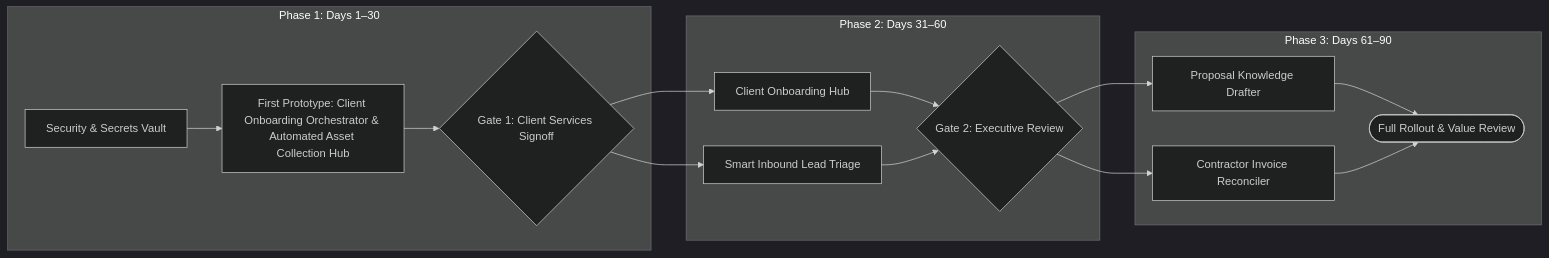
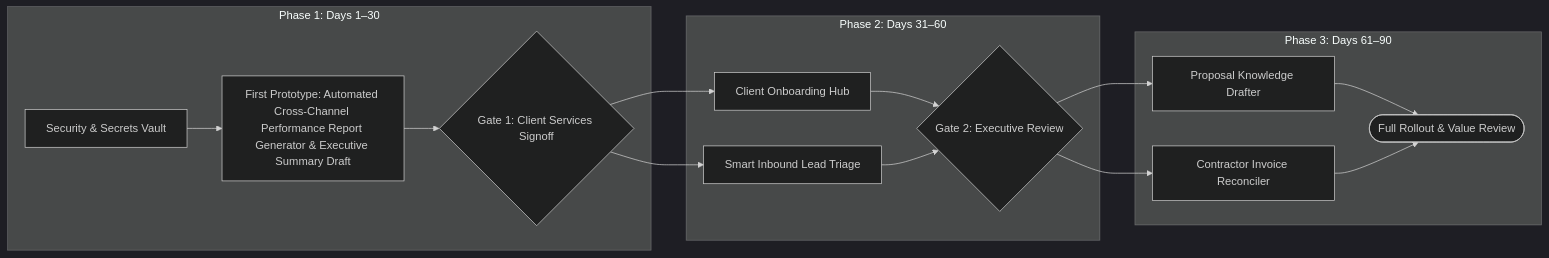
One commit to KalminX/ai_opportunity_audit changed the diagram in outputs/roadmap_90day.md. Above: the diagram before and after it, drawn with Mermaid (dark theme). The commit also changed other lines of this file and 13 other files, not shown here.

````diff
--- a/outputs/roadmap_90day.md
+++ b/outputs/roadmap_90day.md
@@ -12,17 +12,17 @@
 ```mermaid
 flowchart LR
   subgraph P1 ["Phase 1: Days 1–30"]
-    S1["Security & Secrets Vault"] --> P_Proto["First Prototype: Client Onboarding Orchestrator & Automated Asset Collection Hub"]
+    S1["Security & Secrets Vault"] --> P_Proto["First Prototype: Automated Cross-Channel Performance Report Generator & Executive Summary Draft"]
     P_Proto --> Gate1{"Gate 1: Client Services Signoff"}
   end
   subgraph P2 ["Phase 2: Days 31–60"]
     Gate1 --> W1["Client Onboarding Hub"]
     Gate1 --> W2["Smart Inbound Lead Triage"]
     W1 & W2 --> Gate2{"Gate 2: Executive Review"}
   end
   subgraph P3 ["Phase 3: Days 61–90"]
     Gate2 --> W3["Proposal Knowledge Drafter"]
     Gate2 --> W4["Contractor Invoice Reconciler"]
     W3 & W4 --> Gate3(["Full Rollout & Value Review"])
   end
 ```
````
